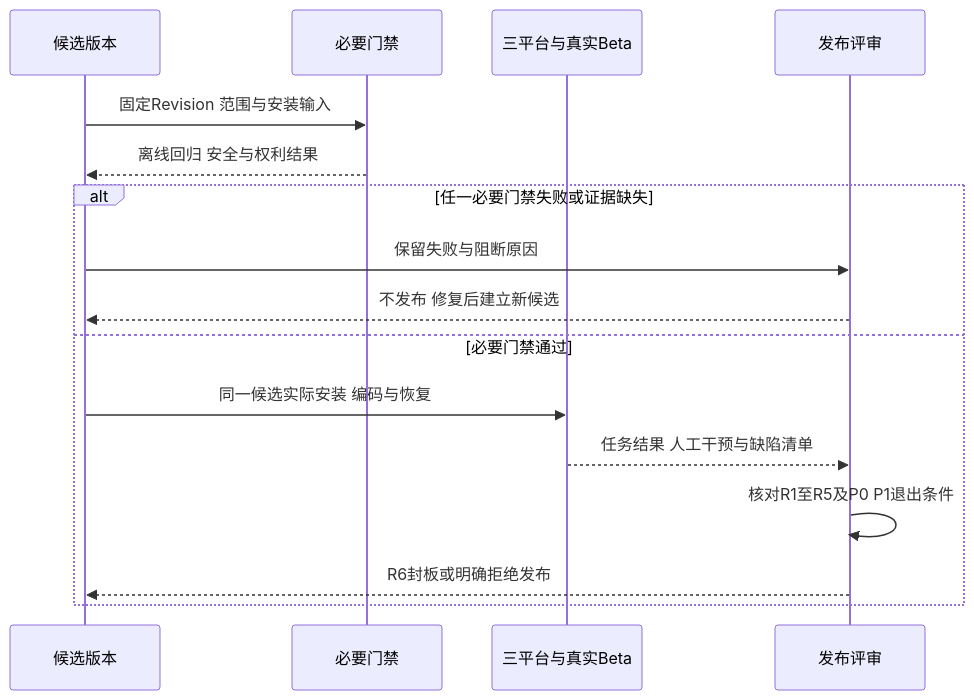
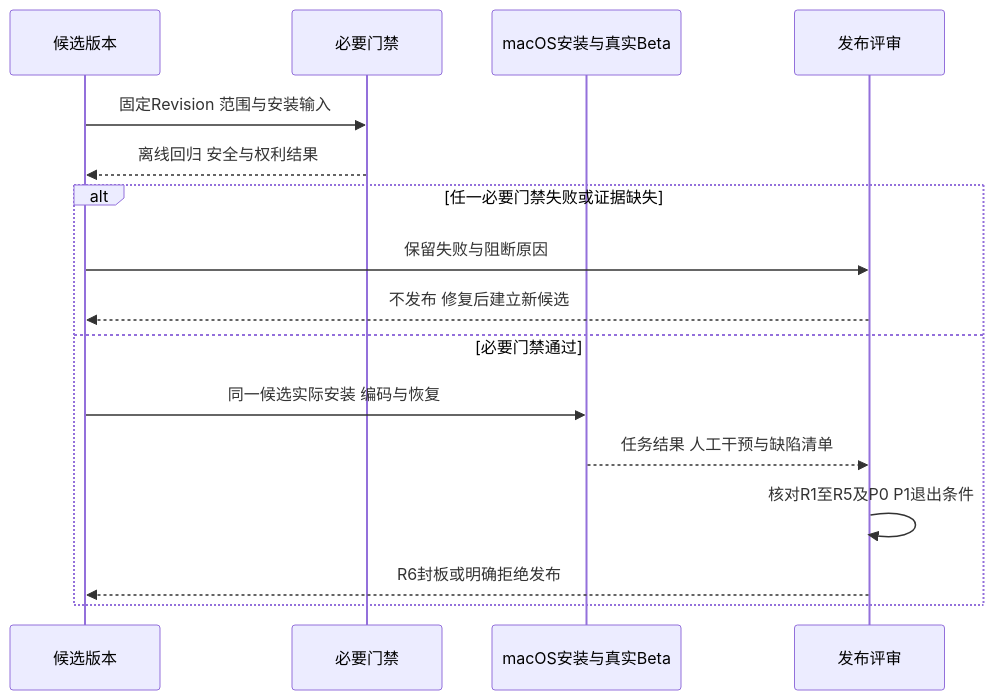
One commit to carrie1988/Harnessix changed the third of 3 diagrams in docs/changes/m09-to-v1-release-scope-convergence.md. Above: the diagram before and after it, drawn with Mermaid. The commit also changed other lines of this file and 16 other files, not shown here.

````diff
--- a/docs/changes/m09-to-v1-release-scope-convergence.md
+++ b/docs/changes/m09-to-v1-release-scope-convergence.md
@@ -201,18 +212,18 @@
 ```mermaid
 sequenceDiagram
     participant C as 候选版本
     participant G as 必要门禁
-    participant U as 三平台与真实Beta
+    participant U as macOS安装与真实Beta
     participant R as 发布评审
     C->>G: 固定Revision 范围与安装输入
     G-->>C: 离线回归 安全与权利结果
     alt 任一必要门禁失败或证据缺失
         C->>R: 保留失败与阻断原因
         R-->>C: 不发布 修复后建立新候选
     else 必要门禁通过
         C->>U: 同一候选实际安装 编码与恢复
         U-->>R: 任务结果 人工干预与缺陷清单
         R->>R: 核对R1至R5及P0 P1退出条件
         R-->>C: R6封板或明确拒绝发布
     end
 ```
````
